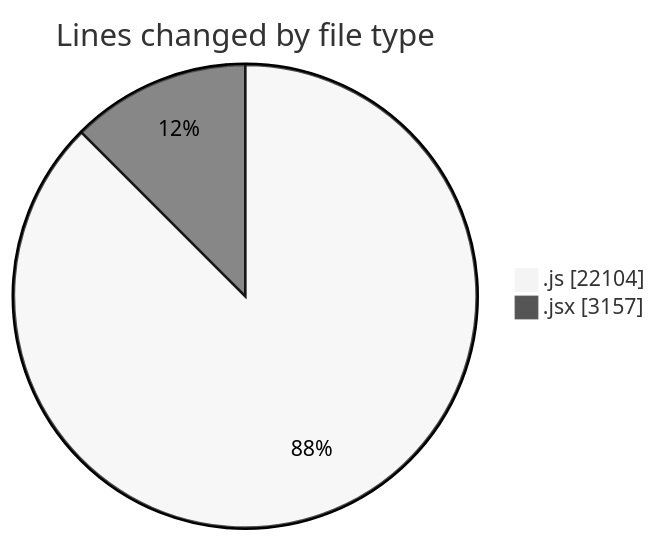
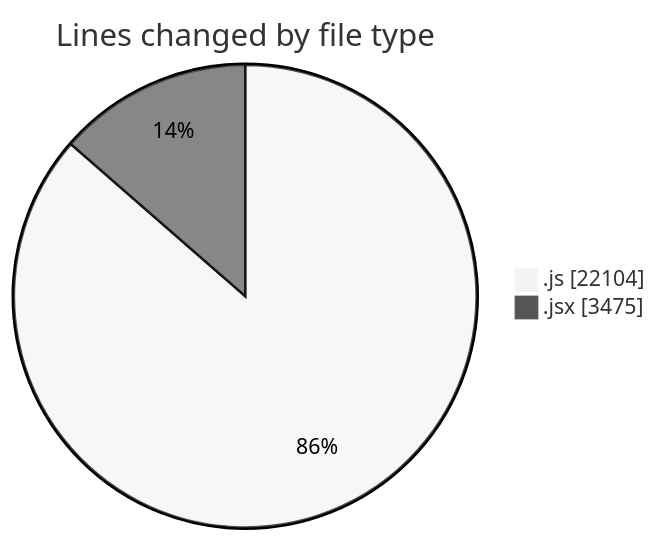
Before and after one commit to nxtqubesakshisongat/code-tracking: the first of 2 diagrams in 2025-09-30/nxtqube_webapp/README.md, drawn with Mermaid (neutral theme). The commit also changed other lines of this file and 1 other file, not shown here.

````diff
--- a/2025-09-30/nxtqube_webapp/README.md
+++ b/2025-09-30/nxtqube_webapp/README.md
@@ -23,6 +23,6 @@
 ```mermaid
 pie showData
 title Lines changed by file type
 ".js" : 22104
-".jsx" : 3157
+".jsx" : 3475
 ```
````
